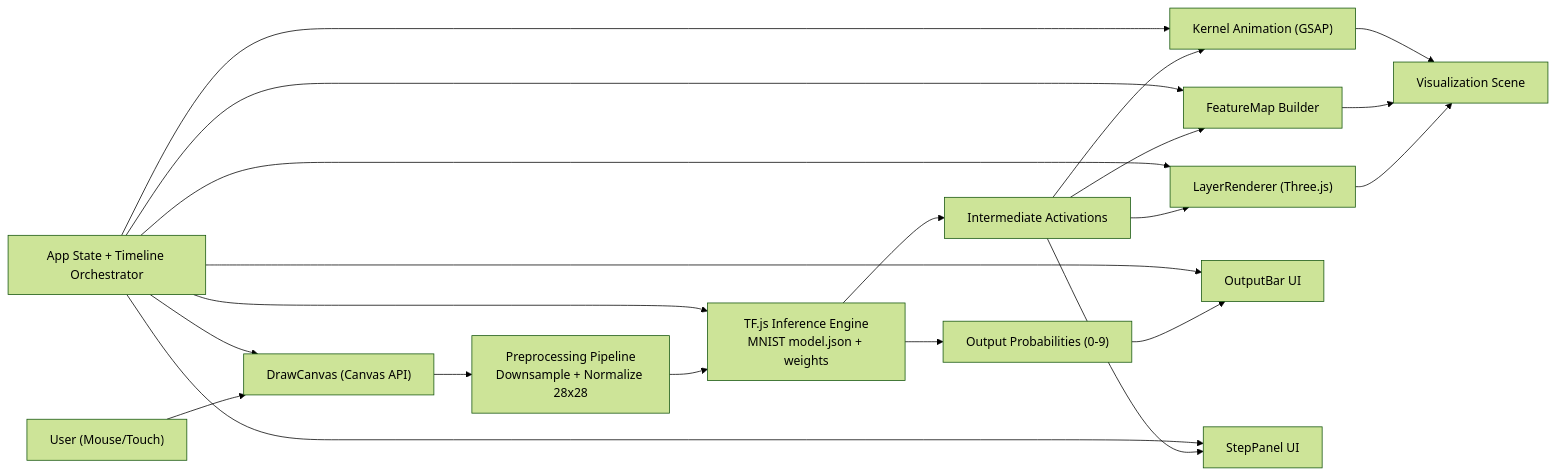
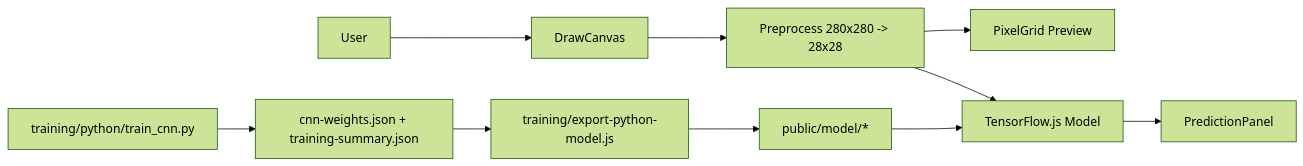
Before and after one commit to osvdevv/CNN-Visualizer: the first of 3 diagrams in docs/02-system-architecture.md, drawn with Mermaid (forest theme). The commit also changed other lines of this file and 15316 other files, not shown here.

````diff
--- a/docs/02-system-architecture.md
+++ b/docs/02-system-architecture.md
@@ -30,28 +33,13 @@
 ```mermaid
 flowchart LR
-    U["User (Mouse/Touch)"] --> C["DrawCanvas (Canvas API)"]
-    C --> P["Preprocessing Pipeline<br/>Downsample + Normalize 28x28"]
-    P --> M["TF.js Inference Engine<br/>MNIST model.json + weights"]
+    U["User"] --> C["DrawCanvas"]
+    C --> P["Preprocess 280x280 -> 28x28"]
+    P --> G["PixelGrid Preview"]
+    P --> M["TensorFlow.js Model"]
+    M --> R["PredictionPanel"]
 
-    M --> A["Intermediate Activations"]
-    M --> O["Output Probabilities (0-9)"]
-
-    A --> V1["LayerRenderer (Three.js)"]
-    A --> V2["FeatureMap Builder"]
-    A --> V3["Kernel Animation (GSAP)"]
-
-    V1 --> R["Visualization Scene"]
-    V2 --> R
-    V3 --> R
-
-    O --> UI1["OutputBar UI"]
-    A --> UI2["StepPanel UI"]
-
-    S["App State + Timeline Orchestrator"] --> C
-    S --> M
-    S --> V1
-    S --> V2
-    S --> V3
-    S --> UI1
-    S --> UI2
+    T["training/python/train_cnn.py"] --> W["cnn-weights.json + training-summary.json"]
+    W --> E["training/export-python-model.js"]
+    E --> A["public/model/*"]
+    A --> M
 ```
````
